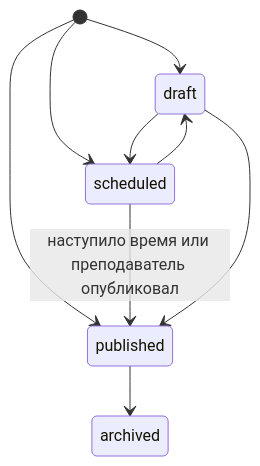
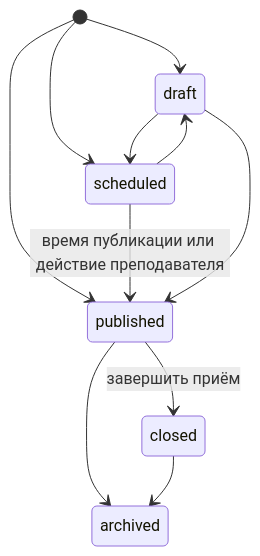
The first of 2 diagrams in docs/assignment-workflow.md (Egor051/atlas-university), drawn with Mermaid before and after one commit. The commit also changed other lines of this file and 70 other files, not shown here.

````diff
--- a/docs/assignment-workflow.md
+++ b/docs/assignment-workflow.md
@@ -24,11 +28,13 @@
 ```mermaid
 stateDiagram-v2
     [*] --> draft
     [*] --> scheduled
     [*] --> published
     draft --> scheduled
     scheduled --> draft
-    scheduled --> published: наступило время или преподаватель опубликовал
+    scheduled --> published: время публикации или действие преподавателя
     draft --> published
+    published --> closed: завершить приём
     published --> archived
+    closed --> archived
 ```
````
